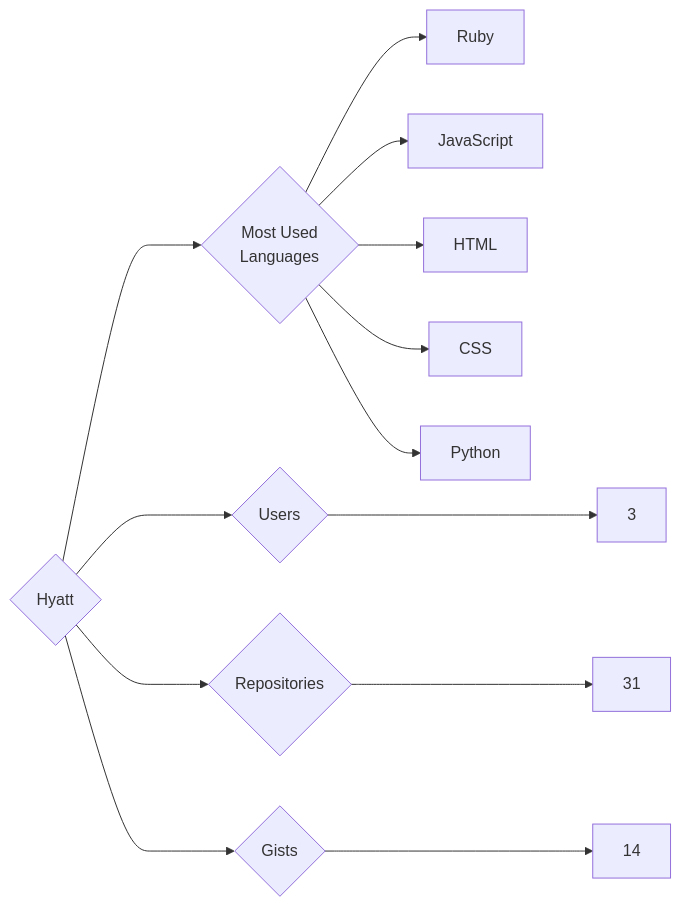
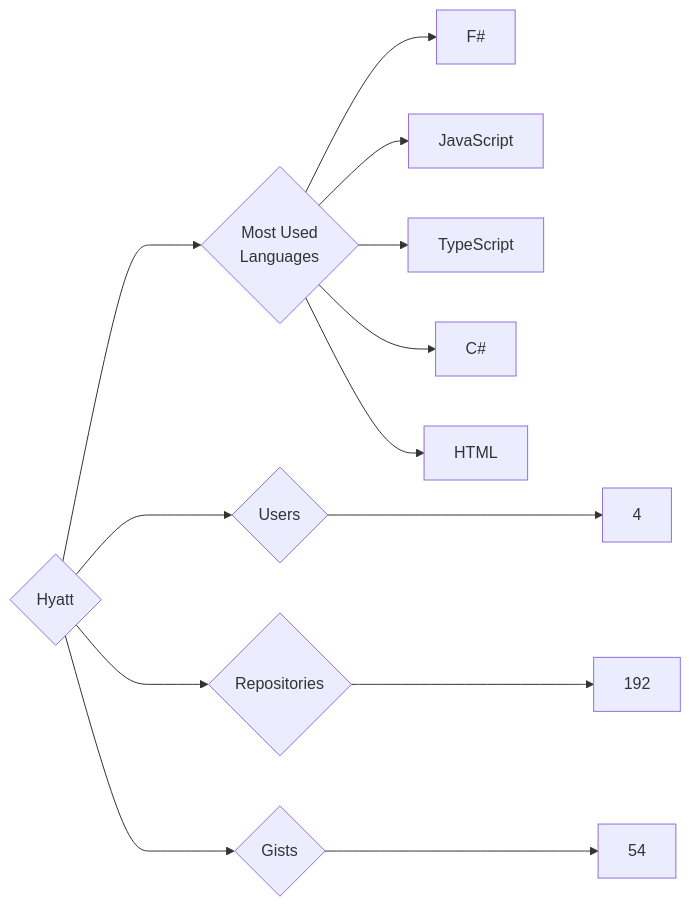
The diagram in targets/Hyatt/README.md (trickest/insiders), drawn with Mermaid before and after one commit. The commit also changed 611 other files, not shown here.

````diff
--- a/targets/Hyatt/README.md
+++ b/targets/Hyatt/README.md
@@ -3,13 +3,13 @@
 ```mermaid
 graph LR
 COMPANY_NAME{Hyatt}
-COMPANY_NAME ---> U{Users} ---> UN[3]
-COMPANY_NAME ---> R{Repositories} ---> RN[31]
-COMPANY_NAME ---> G{Gists} ---> GN[14]
+COMPANY_NAME ---> U{Users} ---> UN[4]
+COMPANY_NAME ---> R{Repositories} ---> RN[192]
+COMPANY_NAME ---> G{Gists} ---> GN[54]
 COMPANY_NAME ---> ML{Most Used<br>Languages}
-ML --> Ruby[Ruby]
+ML --> F#[F#]
 ML --> JavaScript[JavaScript]
+ML --> TypeScript[TypeScript]
+ML --> C#[C#]
 ML --> HTML[HTML]
-ML --> CSS[CSS]
-ML --> Python[Python]
 ```
````
